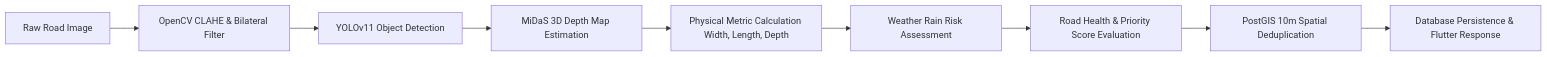
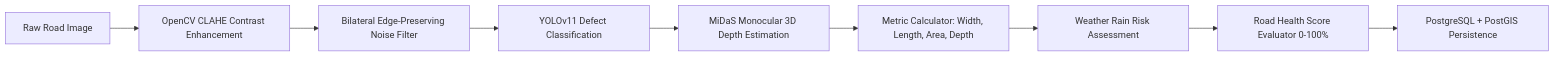
Before and after one commit to mubeenah-collab/AI-powered-roadcare: the third of 4 diagrams in README.md, drawn with Mermaid. The commit also changed other lines of this file, not shown here.

Commit message:
docs: redesign README.md into world-class GitHub documentation with modern layout, Mermaid diagrams, and feature specs

````diff
--- a/README.md
+++ b/README.md
@@ -110,11 +178,11 @@
 ```mermaid
 flowchart LR
-    A[Raw Road Image] --> B[OpenCV CLAHE & Bilateral Filter]
-    B --> C[YOLOv11 Object Detection]
-    C --> D[MiDaS 3D Depth Map Estimation]
-    D --> E[Physical Metric Calculation Width, Length, Depth]
-    E --> F[Weather Rain Risk Assessment]
-    F --> G[Road Health & Priority Score Evaluation]
-    G --> H[PostGIS 10m Spatial Deduplication]
-    H --> I[Database Persistence & Flutter Response]
+    A[Raw Road Image] --> B[OpenCV CLAHE Contrast Enhancement]
+    B --> C[Bilateral Edge-Preserving Noise Filter]
+    C --> D[YOLOv11 Defect Classification]
+    D --> E[MiDaS Monocular 3D Depth Estimation]
+    E --> F[Metric Calculator: Width, Length, Area, Depth]
+    F --> G[Weather Rain Risk Assessment]
+    G --> H[Road Health Score Evaluator 0-100%]
+    H --> I[PostgreSQL + PostGIS Persistence]
 ```
````
